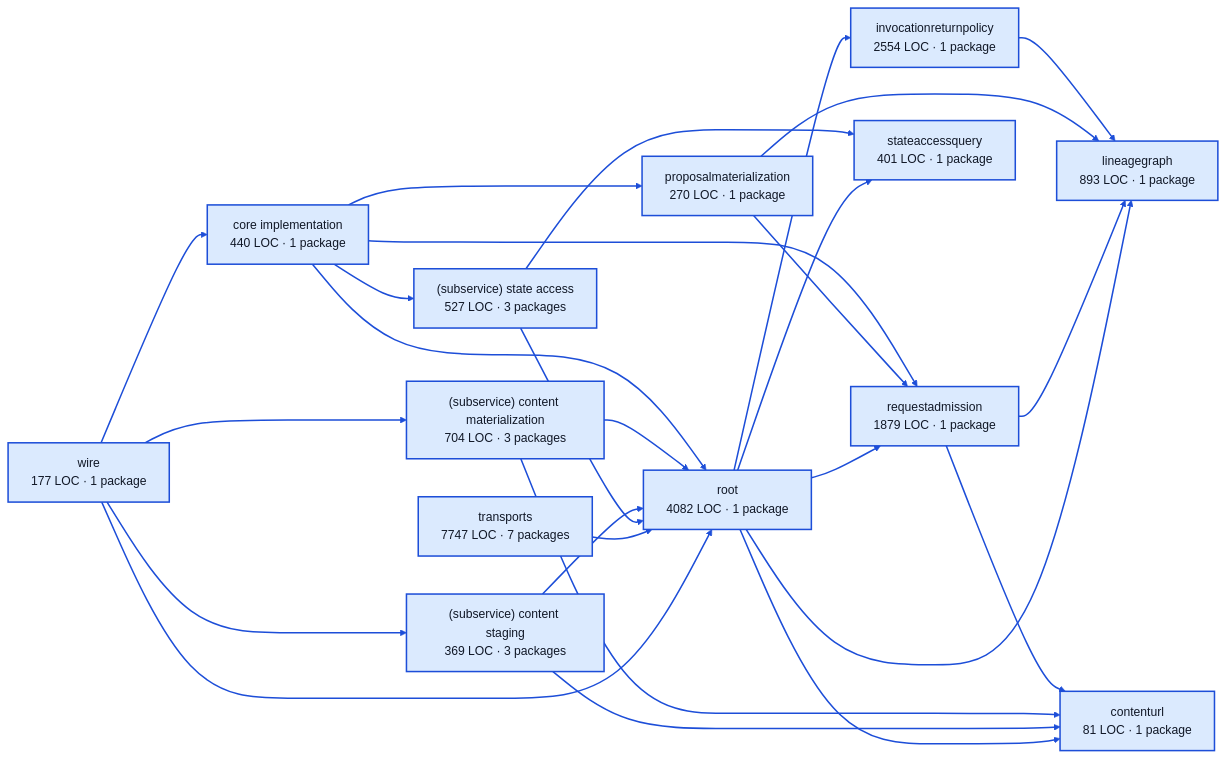
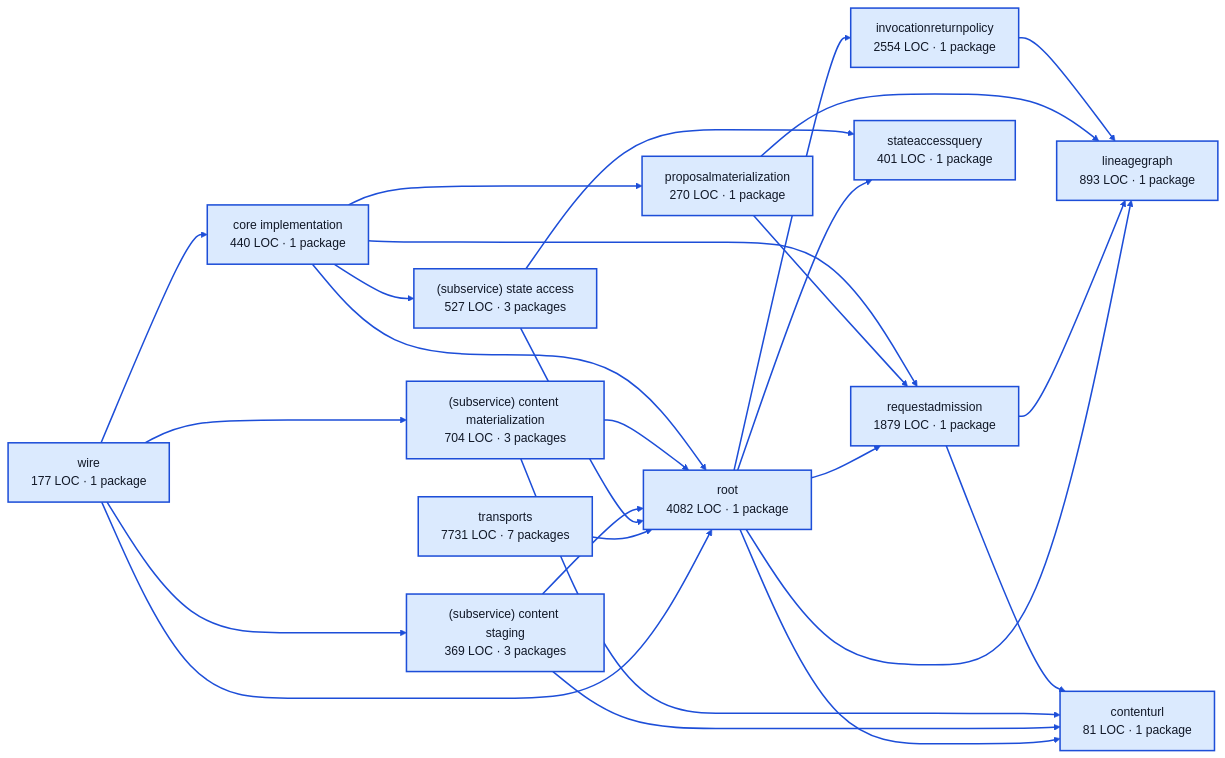
One commit to portpowered/you-agent-factory changed the diagram in docs/architecture/visualizations/services/work.md. Above: the diagram before and after it, drawn with Mermaid. The commit also changed other lines of this file and 20 other files, not shown here.

Commit message:
docs: refresh backend architecture visualizations

````diff
--- a/docs/architecture/visualizations/services/work.md
+++ b/docs/architecture/visualizations/services/work.md
@@ -11,55 +11,55 @@
 ```mermaid
 flowchart LR
   p0["core implementation<br/>440 LOC · 1 package"]
   p1["contenturl<br/>81 LOC · 1 package"]
   p2["invocationreturnpolicy<br/>2554 LOC · 1 package"]
   p3["lineagegraph<br/>893 LOC · 1 package"]
   p4["proposalmaterialization<br/>270 LOC · 1 package"]
   p5["requestadmission<br/>1879 LOC · 1 package"]
   p6["(subservice) content materialization<br/>704 LOC · 3 packages"]
   p7["(subservice) content staging<br/>369 LOC · 3 packages"]
   p8["(subservice) state access<br/>527 LOC · 3 packages"]
   p9["stateaccessquery<br/>401 LOC · 1 package"]
   p10["root<br/>4082 LOC · 1 package"]
-  p11["transports<br/>7747 LOC · 7 packages"]
+  p11["transports<br/>7731 LOC · 7 packages"]
   p12["wire<br/>177 LOC · 1 package"]
   p0 --> p4
   p0 --> p5
   p0 --> p8
   p0 --> p10
   p2 --> p3
   p4 --> p3
   p4 --> p5
   p5 --> p1
   p5 --> p3
   p6 --> p1
   p6 --> p10
   p7 --> p1
   p7 --> p10
   p8 --> p9
   p8 --> p10
   p10 --> p1
   p10 --> p2
   p10 --> p3
   p10 --> p5
   p10 --> p9
   p11 --> p10
   p12 --> p0
   p12 --> p6
   p12 --> p7
   p12 --> p10
   style p0 fill:#dbeafe,stroke:#1d4ed8,stroke-width:2px,color:#111827
   style p1 fill:#dbeafe,stroke:#1d4ed8,stroke-width:2px,color:#111827
   style p2 fill:#dbeafe,stroke:#1d4ed8,stroke-width:2px,color:#111827
   style p3 fill:#dbeafe,stroke:#1d4ed8,stroke-width:2px,color:#111827
   style p4 fill:#dbeafe,stroke:#1d4ed8,stroke-width:2px,color:#111827
   style p5 fill:#dbeafe,stroke:#1d4ed8,stroke-width:2px,color:#111827
   style p6 fill:#dbeafe,stroke:#1d4ed8,stroke-width:2px,color:#111827
   style p7 fill:#dbeafe,stroke:#1d4ed8,stroke-width:2px,color:#111827
   style p8 fill:#dbeafe,stroke:#1d4ed8,stroke-width:2px,color:#111827
   style p9 fill:#dbeafe,stroke:#1d4ed8,stroke-width:2px,color:#111827
   style p10 fill:#dbeafe,stroke:#1d4ed8,stroke-width:2px,color:#111827
   style p11 fill:#dbeafe,stroke:#1d4ed8,stroke-width:2px,color:#111827
   style p12 fill:#dbeafe,stroke:#1d4ed8,stroke-width:2px,color:#111827
   linkStyle default stroke:#1d4ed8,stroke-width:2px
 ```
````
